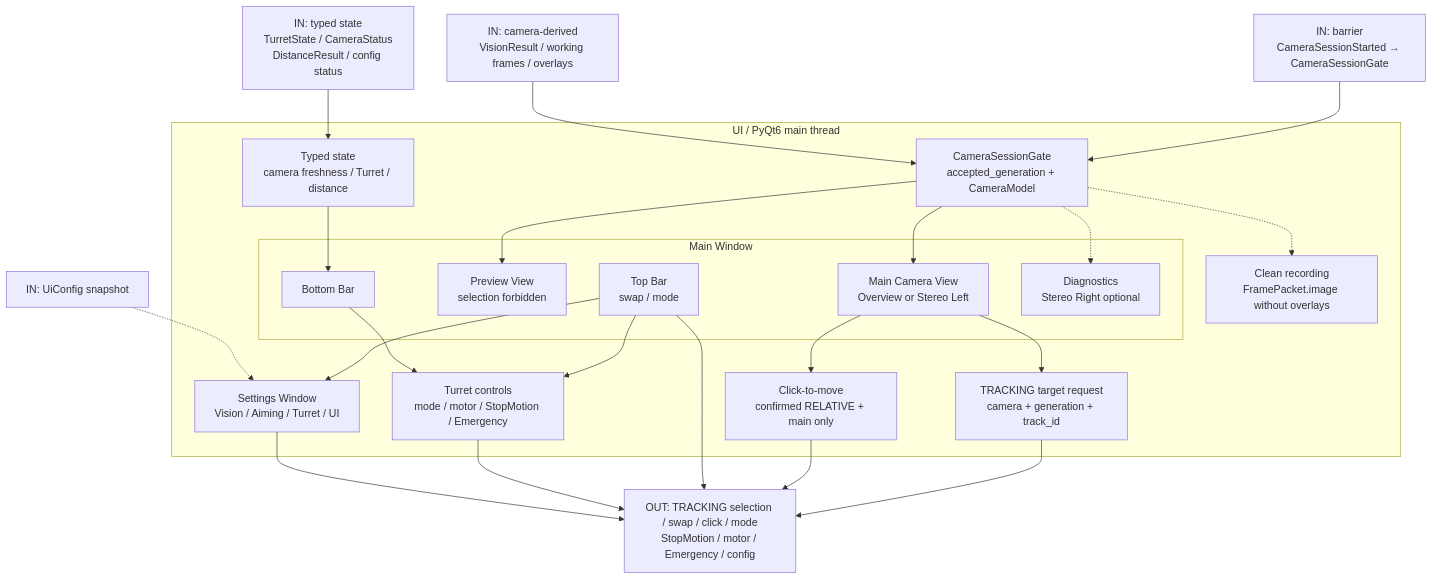
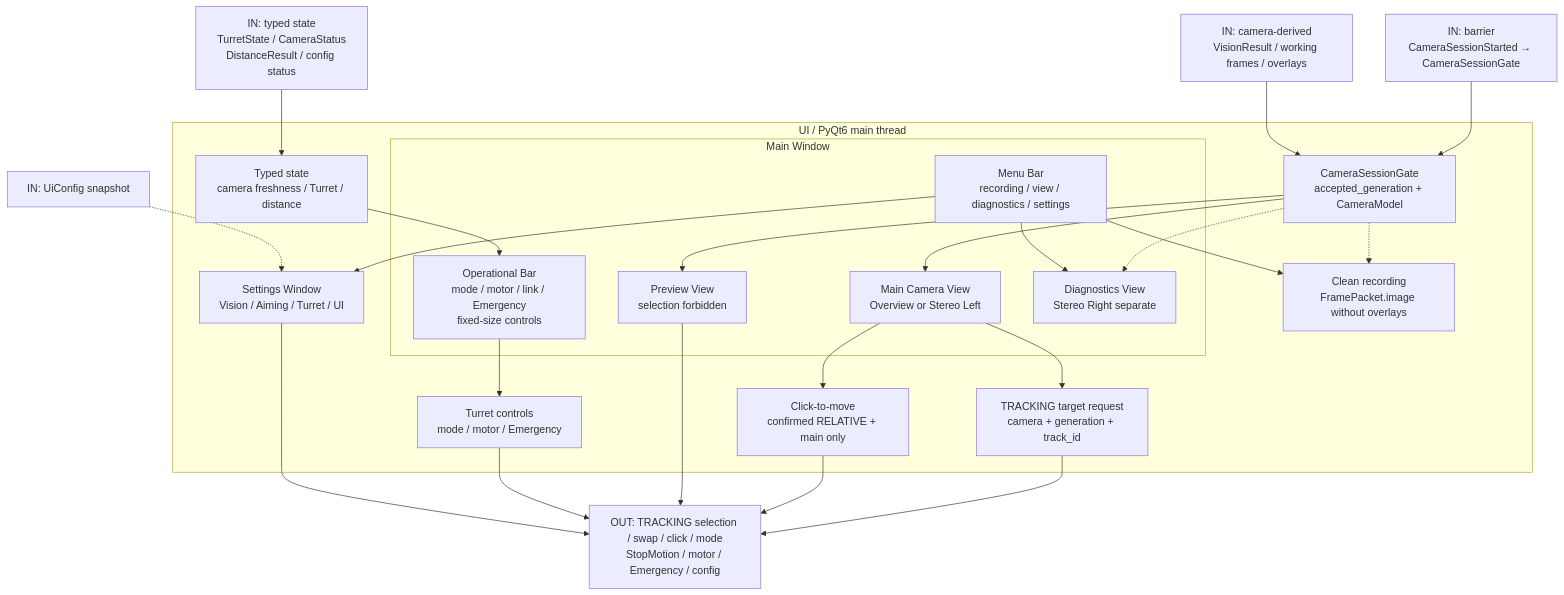
Before and after one commit to BelkaT4/navmin: the diagram in docs/dev/diagrams/ui-diagram.mmd, drawn with Mermaid. The commit also changed 4 other files, not shown here.

Commit message:
docs(architecture): define prototype-first ui baseline

```diff
--- a/docs/dev/diagrams/ui-diagram.mmd
+++ b/docs/dev/diagrams/ui-diagram.mmd
@@ -1,50 +1,51 @@
 flowchart TB
   flag_vision_in["IN: camera-derived<br/>VisionResult / working frames / overlays"]
   flag_session_in["IN: barrier<br/>CameraSessionStarted → CameraSessionGate"]
   flag_state_in["IN: typed state<br/>TurretState / CameraStatus<br/>DistanceResult / config status"]
   flag_core_out["OUT: TRACKING selection / swap / click / mode<br/>StopMotion / motor / Emergency / config"]
   flag_config_in["IN: UiConfig snapshot"]
 
   subgraph ui["UI / PyQt6 main thread"]
     session_gate["CameraSessionGate<br/>accepted_generation + CameraModel"]
 
     subgraph main_window["Main Window"]
       main_view["Main Camera View<br/>Overview or Stereo Left"]
       preview_view["Preview View<br/>selection forbidden"]
-      top_bar["Top Bar<br/>swap / mode"]
-      bottom_bar["Bottom Bar"]
-      diagnostics["Diagnostics<br/>Stereo Right optional"]
+      top_bar["Menu Bar<br/>recording / view / diagnostics / settings"]
+      bottom_bar["Operational Bar<br/>mode / motor / link / Emergency<br/>fixed-size controls"]
+      diagnostics["Diagnostics View<br/>Stereo Right separate"]
     end
 
     settings["Settings Window<br/>Vision / Aiming / Turret / UI"]
     selection["TRACKING target request<br/>camera + generation + track_id"]
     click_move["Click-to-move<br/>confirmed RELATIVE + main only"]
-    turret_controls["Turret controls<br/>mode / motor / StopMotion / Emergency"]
+    turret_controls["Turret controls<br/>mode / motor / Emergency"]
     recording["Clean recording<br/>FramePacket.image without overlays"]
     state_view["Typed state<br/>camera freshness / Turret / distance"]
   end
 
   flag_session_in --> session_gate
   flag_vision_in --> session_gate
   session_gate --> main_view
   session_gate --> preview_view
   session_gate -.-> diagnostics
   session_gate -.-> recording
   flag_state_in --> state_view
 
   main_view --> selection
   main_view --> click_move
   selection --> flag_core_out
   click_move --> flag_core_out
 
-  top_bar --> turret_controls
-  top_bar --> flag_core_out
+  preview_view --> flag_core_out
   top_bar --> settings
+  top_bar --> diagnostics
+  top_bar --> recording
   bottom_bar --> turret_controls
   turret_controls --> flag_core_out
   settings --> flag_core_out
   flag_config_in -.-> settings
   state_view --> bottom_bar
 %% graph:positions {"ui":{"x":130,"y":110,"w":1100,"h":900},"main_window":{"x":157,"y":190,"w":726,"h":354},"flag_vision_in":{"x":456,"y":-36},"flag_session_in":{"x":664,"y":-36},"flag_state_in":{"x":1284,"y":401,"w":160,"h":93},"flag_core_out":{"x":624,"y":1092,"w":160,"h":114},"flag_config_in":{"x":1284,"y":732},"session_gate":{"x":430,"y":70},"main_view":{"x":273,"y":36},"preview_view":{"x":485,"y":36},"top_bar":{"x":529,"y":252},"bottom_bar":{"x":529,"y":120},"diagnostics":{"x":69,"y":36},"settings":{"x":854,"y":622},"selection":{"x":110,"y":598,"w":160,"h":78},"click_move":{"x":302,"y":622},"turret_controls":{"x":486,"y":598,"w":160,"h":78},"recording":{"x":166,"y":70},"state_view":{"x":914,"y":310}}
 %% graph:edges {"flag_session_in>session_gate":{"label":[60,-10]},"flag_vision_in>session_gate":{"label":[70,20]},"session_gate>main_view":{"label":[-20,-20]},"session_gate>preview_view":{"label":[25,-20]},"flag_state_in>state_view":{"label":[60,5]},"main_view>selection":{"label":[-30,55]},"main_view>click_move":{"label":[15,65]},"selection>flag_core_out":{"label":[80,10]},"click_move>flag_core_out":{"label":[70,25]},"turret_controls>flag_core_out":{"label":[45,-25]},"settings>flag_core_out":{"label":[85,45]}}
 %% graph:waypoints {"main_view>selection":[[346,428]],"selection>flag_core_out":[[320,847]],"click_move>flag_core_out":[[512,828]],"settings>flag_core_out":[[1064,867]]}
```
